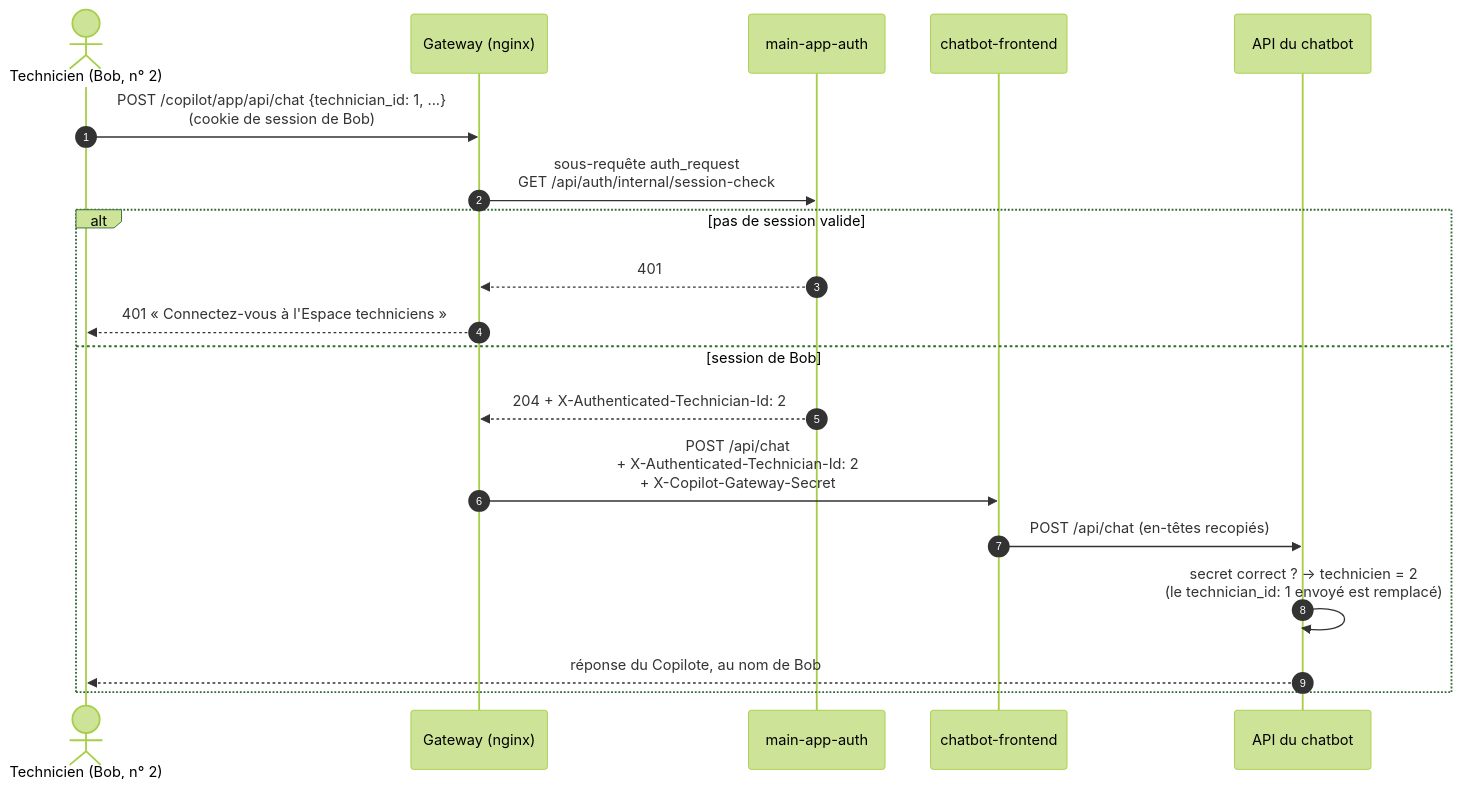
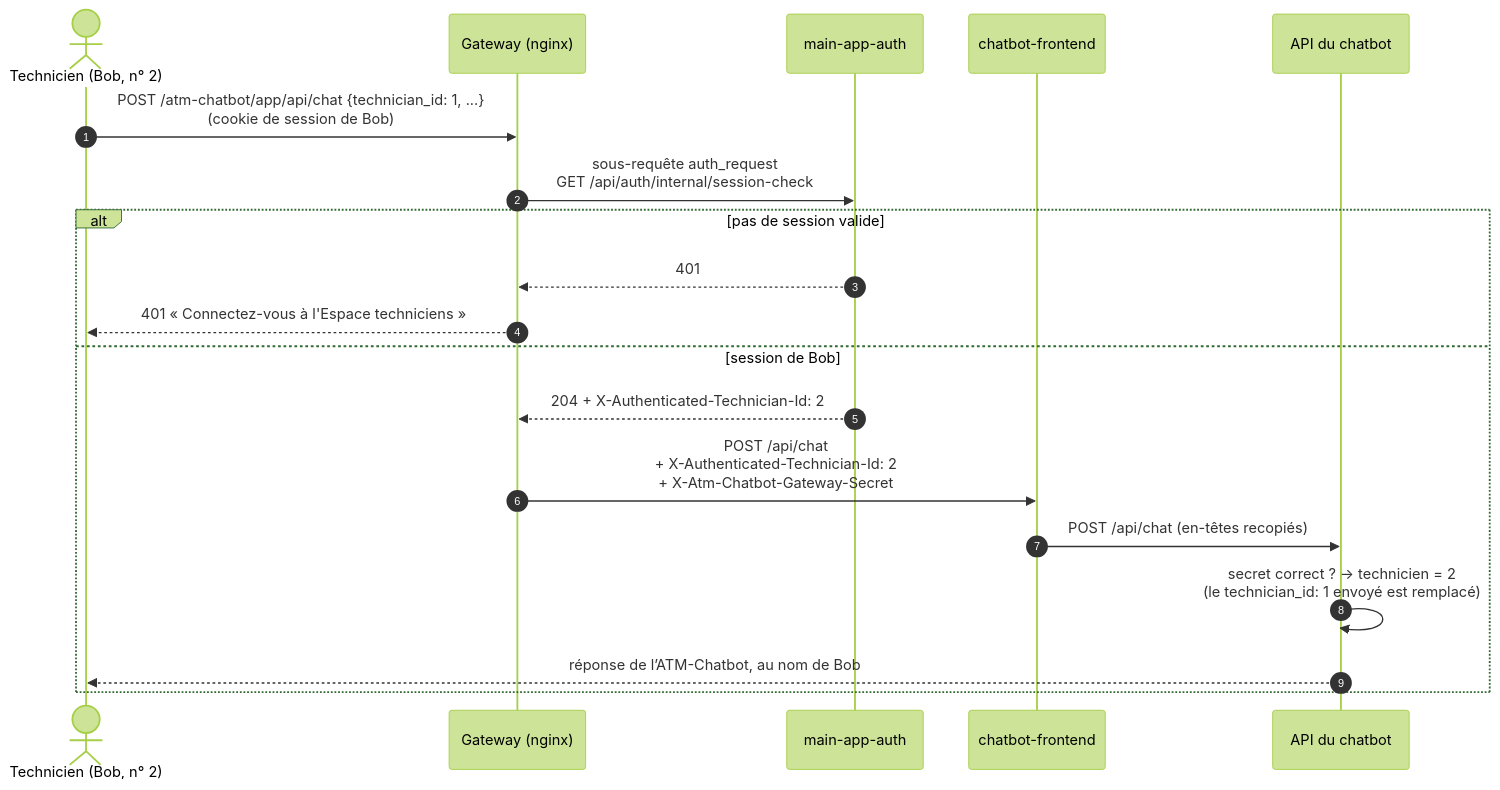
One commit to kalinuxjohn-ctrl/atm-chatbot changed the third of 4 diagrams in docs/demarrage-et-connexions.md. Above: the diagram before and after it, drawn with Mermaid (forest theme). The commit also changed other lines of this file and 82 other files, not shown here.

First line of the commit message:
Rename Copilote/copilot to ATM-Chatbot/atm-chatbot everywhere

````diff
--- a/docs/demarrage-et-connexions.md
+++ b/docs/demarrage-et-connexions.md
@@ -321,22 +325,22 @@
 ```mermaid
 sequenceDiagram
     autonumber
     actor T as Technicien (Bob, n° 2)
     participant G as Gateway (nginx)
     participant A as main-app-auth
     participant F as chatbot-frontend
     participant C as API du chatbot
 
-    T->>G: POST /copilot/app/api/chat {technician_id: 1, ...}<br/>(cookie de session de Bob)
+    T->>G: POST /atm-chatbot/app/api/chat {technician_id: 1, ...}<br/>(cookie de session de Bob)
     G->>A: sous-requête auth_request<br/>GET /api/auth/internal/session-check
     alt pas de session valide
         A-->>G: 401
         G-->>T: 401 « Connectez-vous à l'Espace techniciens »
     else session de Bob
         A-->>G: 204 + X-Authenticated-Technician-Id: 2
-        G->>F: POST /api/chat<br/>+ X-Authenticated-Technician-Id: 2<br/>+ X-Copilot-Gateway-Secret
+        G->>F: POST /api/chat<br/>+ X-Authenticated-Technician-Id: 2<br/>+ X-Atm-Chatbot-Gateway-Secret
         F->>C: POST /api/chat (en-têtes recopiés)
         C->>C: secret correct ? -> technicien = 2<br/>(le technician_id: 1 envoyé est remplacé)
-        C-->>T: réponse du Copilote, au nom de Bob
+        C-->>T: réponse de l’ATM-Chatbot, au nom de Bob
     end
 ```
````
